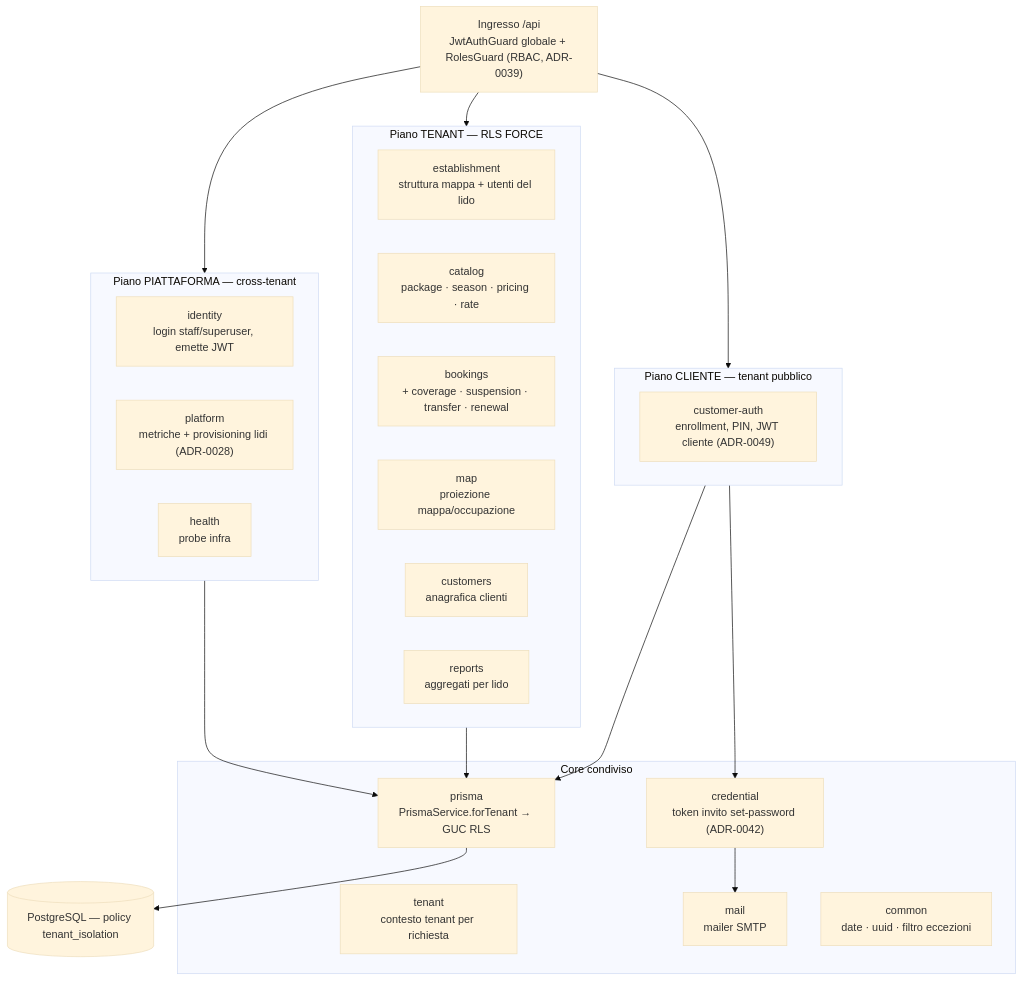
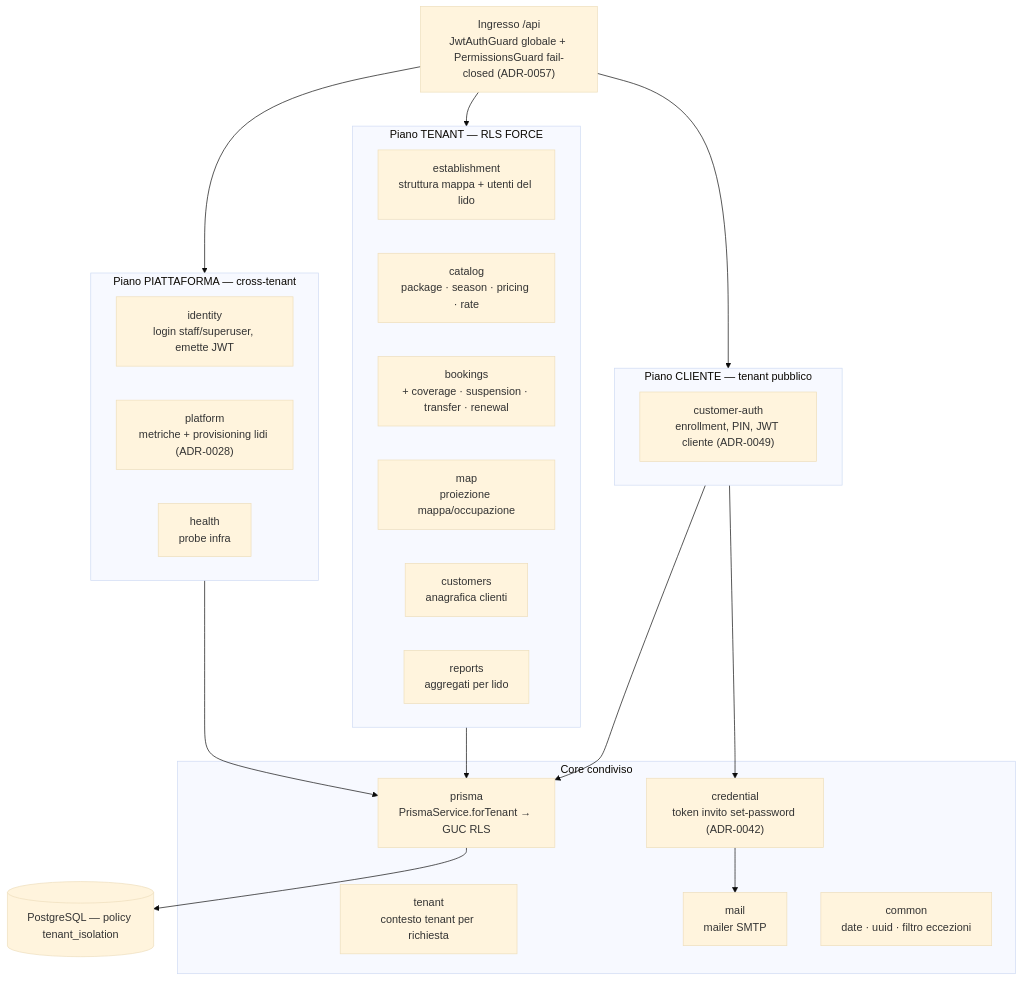
One commit to devfrx/coralyn changed the second of 4 diagrams in docs/design/architecture.md. Above: the diagram before and after it, drawn with Mermaid (base theme). The commit also changed other lines of this file and 6 other files, not shown here.

````diff
--- a/docs/design/architecture.md
+++ b/docs/design/architecture.md
@@ -58,42 +58,42 @@
 ```mermaid
 flowchart TB
-    GUARD["Ingresso /api<br/>JwtAuthGuard globale + RolesGuard (RBAC, ADR-0039)"]
+    GUARD["Ingresso /api<br/>JwtAuthGuard globale + PermissionsGuard fail-closed (ADR-0057)"]
 
     subgraph platformplane["Piano PIATTAFORMA — cross-tenant"]
         IDN["identity<br/>login staff/superuser, emette JWT"]
         PLT["platform<br/>metriche + provisioning lidi (ADR-0028)"]
         HLT["health<br/>probe infra"]
     end
 
     subgraph tenantplane["Piano TENANT — RLS FORCE"]
         EST["establishment<br/>struttura mappa + utenti del lido"]
         CAT["catalog<br/>package · season · pricing · rate"]
         BKG["bookings<br/>+ coverage · suspension · transfer · renewal"]
         MAP["map<br/>proiezione mappa/occupazione"]
         CUS["customers<br/>anagrafica clienti"]
         REP["reports<br/>aggregati per lido"]
     end
 
     subgraph customerplane["Piano CLIENTE — tenant pubblico"]
         CAU["customer-auth<br/>enrollment, PIN, JWT cliente (ADR-0049)"]
     end
 
     subgraph shared["Core condiviso"]
         TEN["tenant<br/>contesto tenant per richiesta"]
         CRD["credential<br/>token invito set-password (ADR-0042)"]
         MAIL["mail<br/>mailer SMTP"]
         PRI["prisma<br/>PrismaService.forTenant → GUC RLS"]
         COM["common<br/>date · uuid · filtro eccezioni"]
     end
 
     GUARD --> platformplane
     GUARD --> tenantplane
     GUARD --> customerplane
 
     tenantplane --> PRI
     customerplane --> PRI
     customerplane --> CRD
     platformplane --> PRI
     CRD --> MAIL
     PRI --> DB[("PostgreSQL — policy tenant_isolation")]
 ```
````
